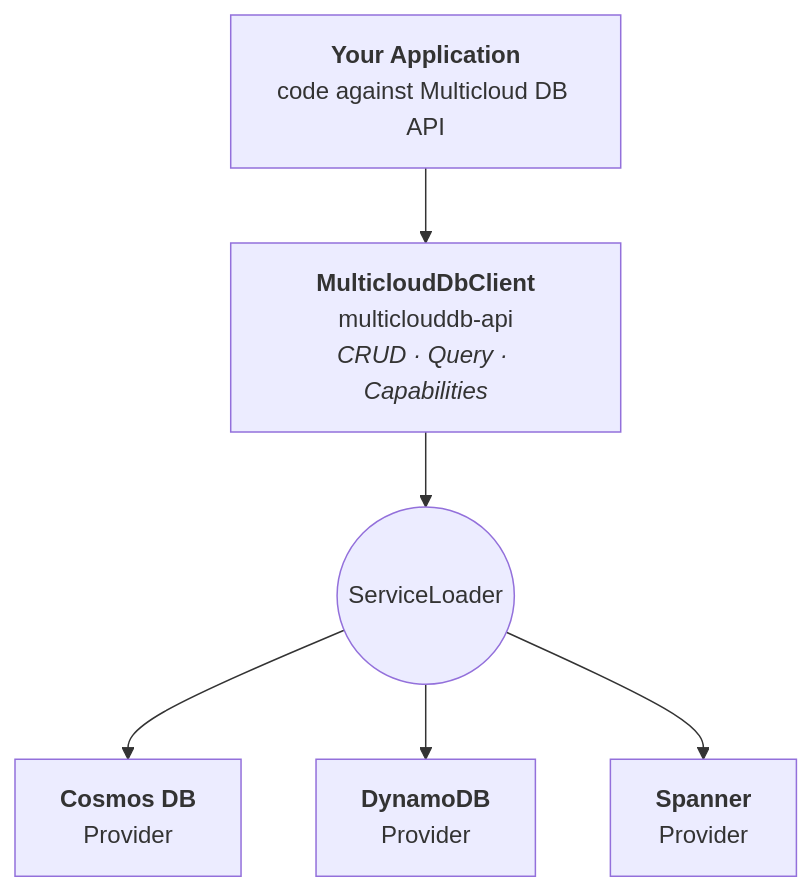
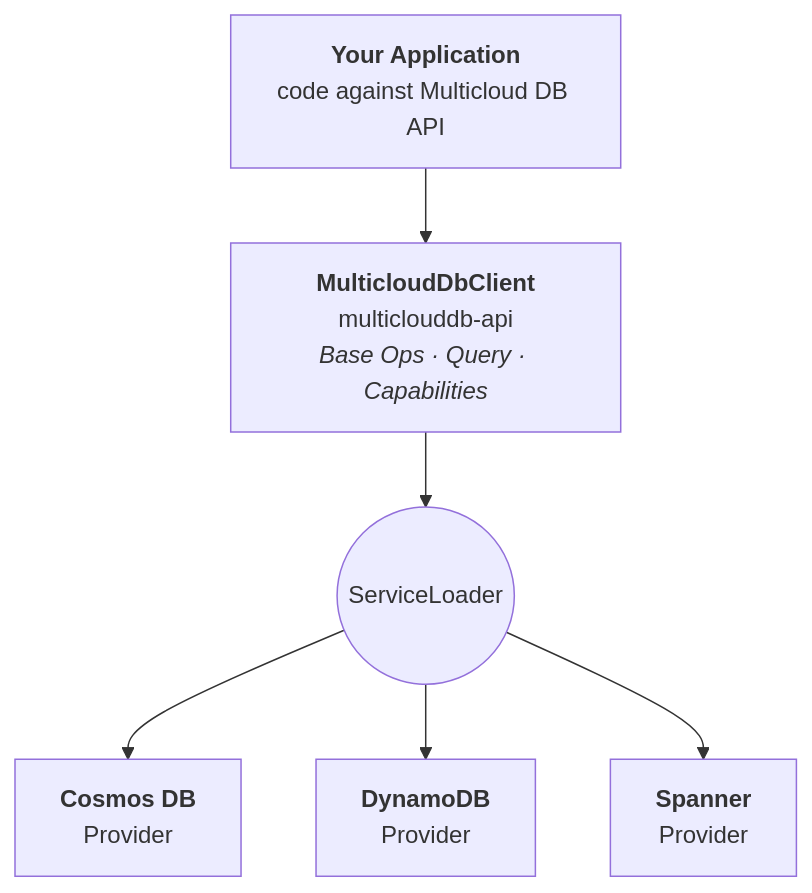
Before and after one commit to allenkim0129/multiclouddb-sdk-for-java: the diagram in docs/index.md, drawn with Mermaid. The commit also changed other lines of this file and 89 other files, not shown here.

````diff
--- a/docs/index.md
+++ b/docs/index.md
@@ -123,15 +124,15 @@
 ```mermaid
 graph TD
     APP["<b>Your Application</b><br/>code against Multicloud DB API"]
-    API["<b>MulticloudDbClient</b><br/>multiclouddb-api<br/><i>CRUD · Query · Capabilities</i>"]
+    API["<b>MulticloudDbClient</b><br/>multiclouddb-api<br/><i>Base Ops · Query · Capabilities</i>"]
     SL(("ServiceLoader"))
     COSMOS["<b>Cosmos DB</b><br/>Provider"]
     DYNAMO["<b>DynamoDB</b><br/>Provider"]
     SPANNER["<b>Spanner</b><br/>Provider"]
 
     APP --> API
     API --> SL
     SL --> COSMOS
     SL --> DYNAMO
     SL --> SPANNER
 ```
````
